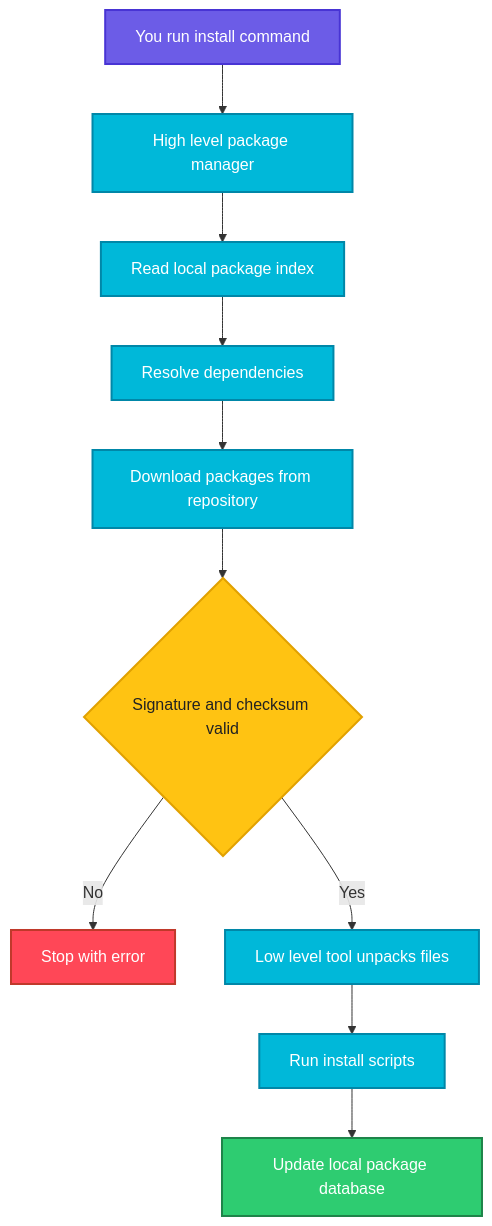
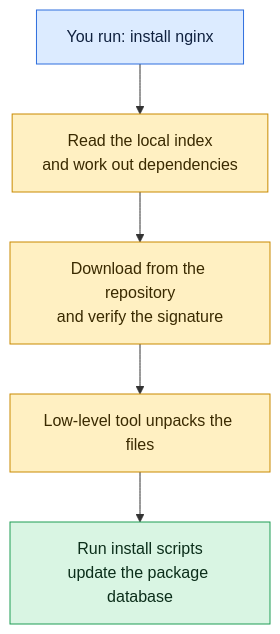
The first of 2 diagrams in linux/package-management/README.md (codeKerdosTech/DevOps-Documentation), drawn with Mermaid before and after one commit. The commit also changed other lines of this file and 165 other files, not shown here.

Commit message:
updated diagrams in linux

````diff
--- a/linux/package-management/README.md
+++ b/linux/package-management/README.md
@@ -41,22 +41,15 @@
 ```mermaid
 flowchart TD
-    A[You run install command] --> B[High level package manager]
-    B --> C[Read local package index]
-    C --> D[Resolve dependencies]
-    D --> E[Download packages from repository]
-    E --> F{Signature and checksum valid}
-    F -->|No| G[Stop with error]
-    F -->|Yes| H[Low level tool unpacks files]
-    H --> I[Run install scripts]
-    I --> J[Update local package database]
-    classDef start fill:#6C5CE7,stroke:#4834D4,stroke-width:2px,color:#fff
-    classDef proc fill:#00B8D9,stroke:#0087A8,stroke-width:2px,color:#fff
-    classDef dec fill:#FFC312,stroke:#E1A100,stroke-width:2px,color:#222
-    classDef ok fill:#2ECC71,stroke:#1E8449,stroke-width:2px,color:#fff
-    classDef err fill:#FF4757,stroke:#C0392B,stroke-width:2px,color:#fff
-    class A start
-    class B,C,D,E,H,I proc
-    class F dec
-    class J ok
-    class G err
+    i1[You run: install nginx] --> c1[Read the local index<br/>and work out dependencies]
+    c1 --> c2[Download from the repository<br/>and verify the signature]
+    c2 --> c3[Low-level tool unpacks the files]
+    c3 --> o1[Run install scripts<br/>update the package database]
+    classDef inp fill:#DCEBFF,stroke:#2F6FDE,color:#10213F
+    classDef cmd fill:#FFF0C2,stroke:#C98A00,color:#3A2A00
+    classDef out fill:#D9F5E3,stroke:#1F9D55,color:#0B2E1A
+    classDef bad fill:#FDE0E0,stroke:#D13B3B,color:#4A0F0F
+    classDef note fill:#ECEFF3,stroke:#7B8794,color:#1F2933
+    class i1 inp
+    class c1,c2,c3 cmd
+    class o1 out
 ```
````
